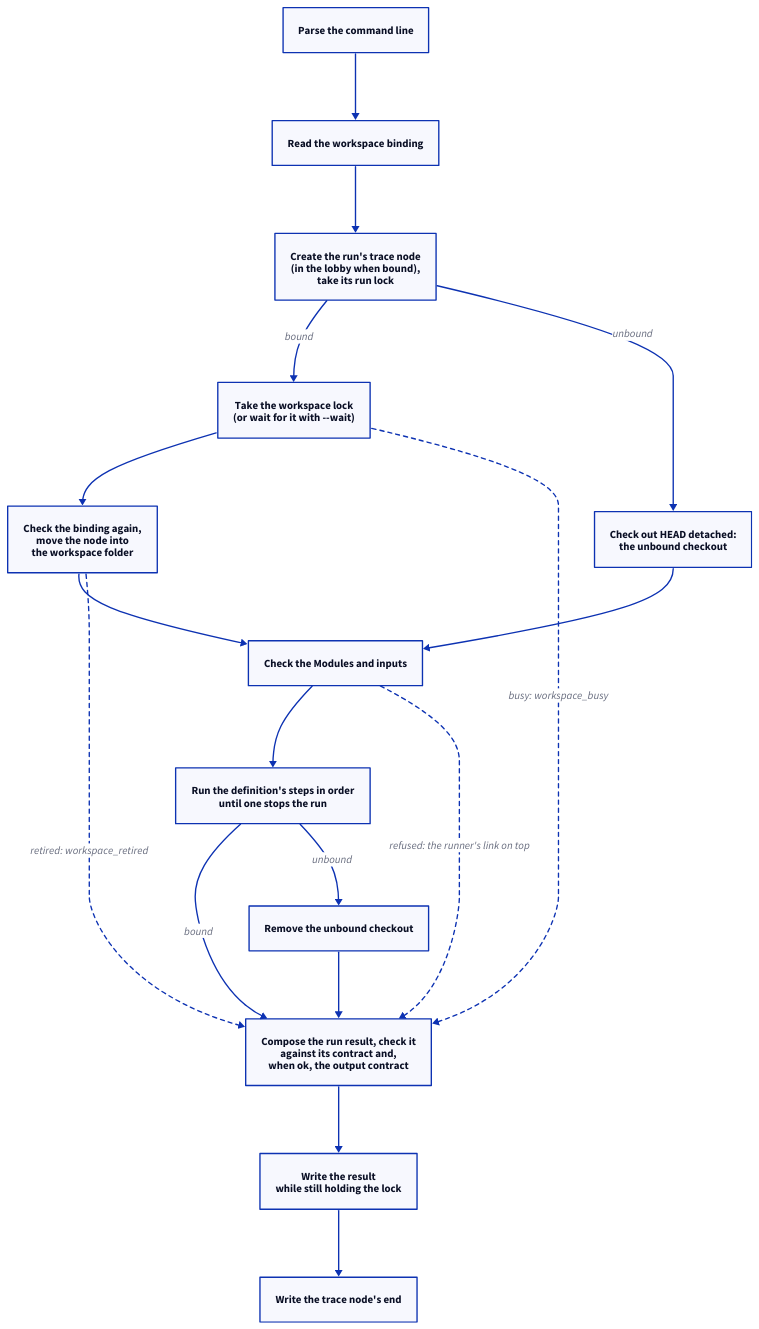
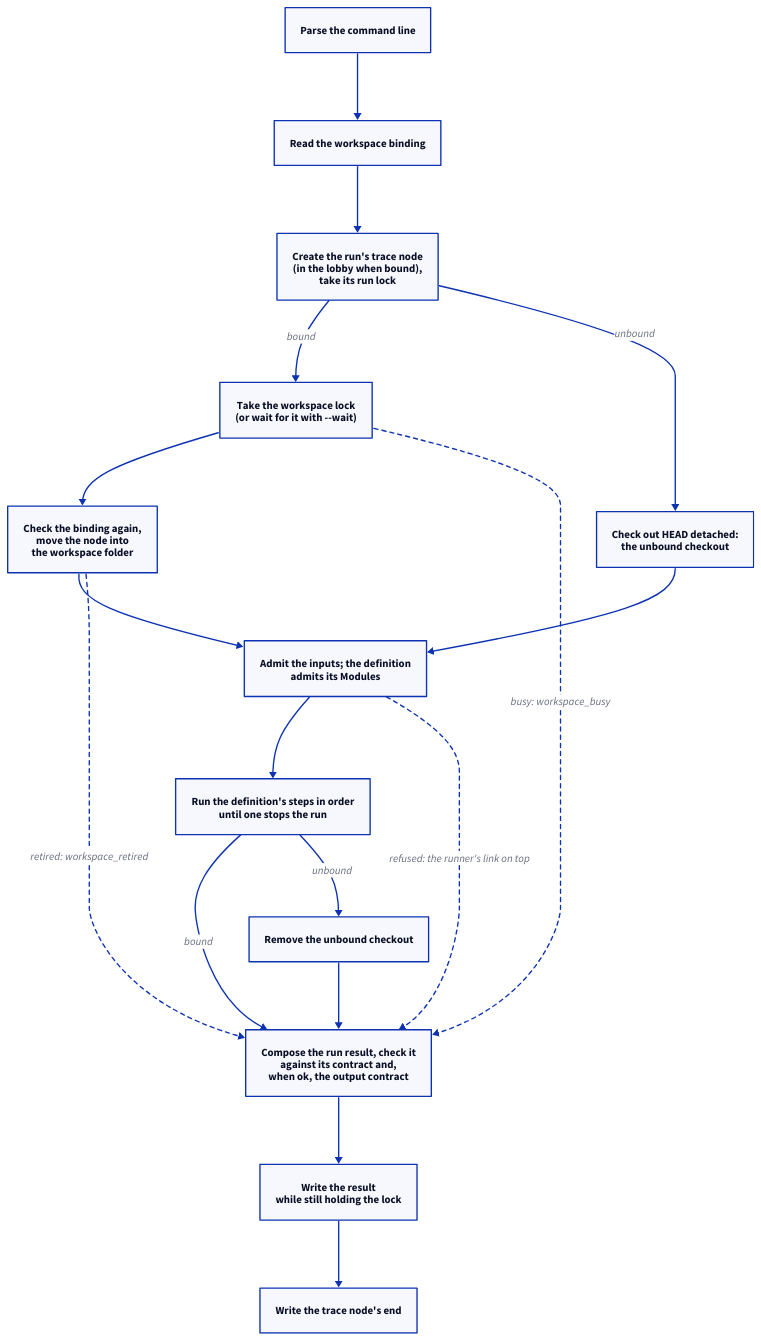
Before and after one commit to FTOD/concorde: the third of 4 diagrams in specs/concorde/execution/module.md, drawn with D2. The commit also changed other lines of this file and 109 other files, not shown here.

````diff
--- a/specs/concorde/execution/module.md
+++ b/specs/concorde/execution/module.md
@@ -265,28 +247,28 @@
 ```d2 illustrative
 direction: down
 parse: "Parse the command line"
 bind: "Read the workspace binding"
 node: "Create the run's trace node\n(in the lobby when bound),\ntake its run lock"
 lock: "Take the workspace lock\n(or wait for it with --wait)"
 enter: "Check the binding again,\nmove the node into\nthe workspace folder"
 checkout: "Check out HEAD detached:\nthe unbound checkout"
-admit: "Check the Modules and inputs"
+admit: "Admit the inputs; the definition\nadmits its Modules"
 work: "Run the definition's steps in order\nuntil one stops the run"
 remove: "Remove the unbound checkout"
 compose: "Compose the run result, check it\nagainst its contract and,\nwhen ok, the output contract"
 write: "Write the result\nwhile still holding the lock"
 end: "Write the trace node's end"
 parse -> bind -> node
 node -> lock: bound
 node -> checkout: unbound
 lock -> enter -> admit
 checkout -> admit
 admit -> work
 work -> compose: bound
 work -> remove: unbound
 remove -> compose
 compose -> write -> end
 lock -> compose: "busy: workspace_busy" {style.stroke-dash: 3}
 enter -> compose: "retired: workspace_retired" {style.stroke-dash: 3}
 admit -> compose: "refused: the runner's link on top" {style.stroke-dash: 3}
 ```
````
